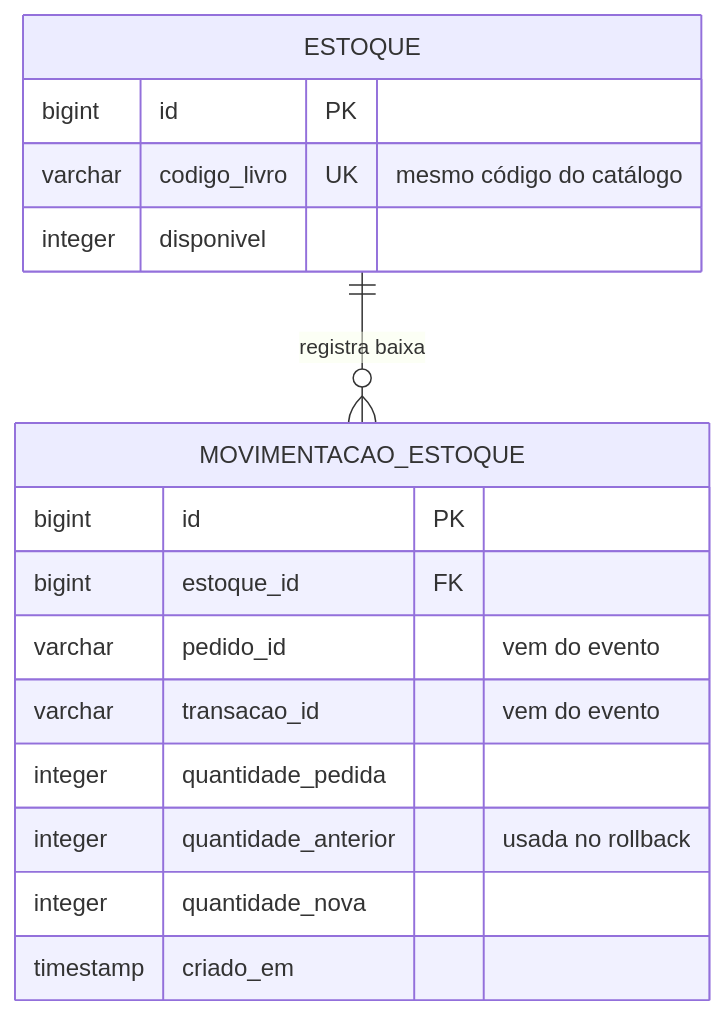
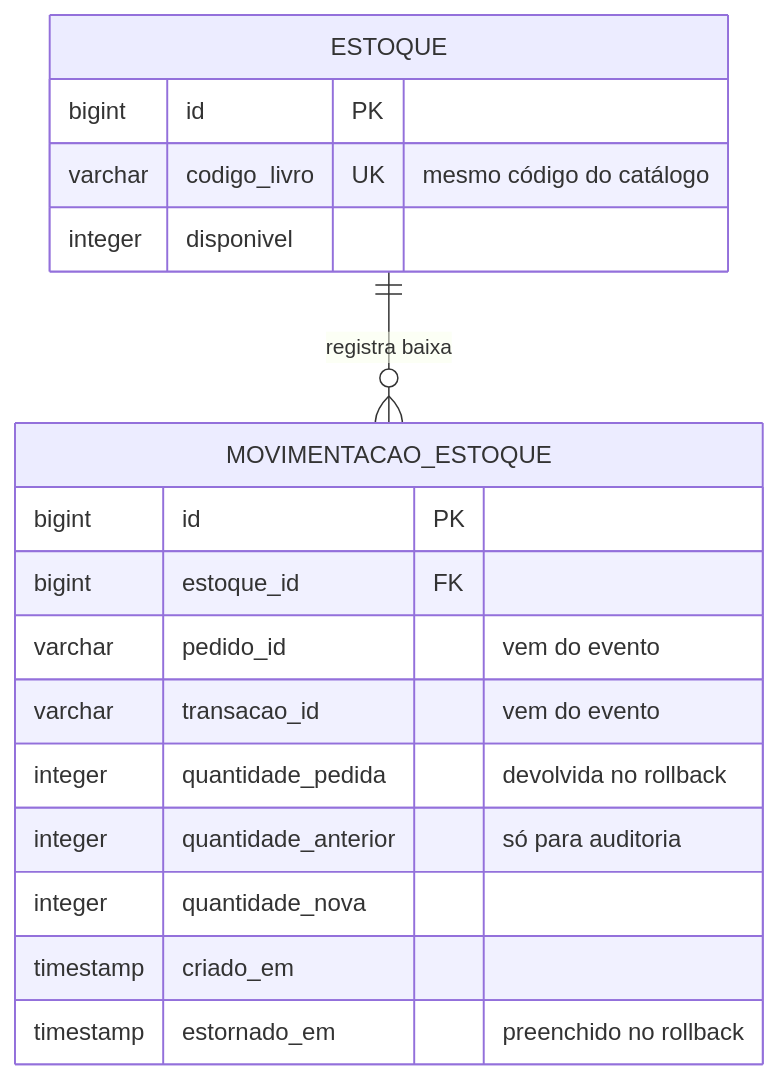
One commit to Carloseman1/padrao-saga-orquestrado-em-microsservi-os changed the sixth of 7 diagrams in README.md. Above: the diagram before and after it, drawn with Mermaid. The commit also changed other lines of this file and 8 other files, not shown here.

````diff
--- a/README.md
+++ b/README.md
@@ -293,19 +304,20 @@
 ```mermaid
 erDiagram
     ESTOQUE ||--o{ MOVIMENTACAO_ESTOQUE : "registra baixa"
     ESTOQUE {
         bigint id PK
         varchar codigo_livro UK "mesmo código do catálogo"
         integer disponivel
     }
     MOVIMENTACAO_ESTOQUE {
         bigint id PK
         bigint estoque_id FK
         varchar pedido_id "vem do evento"
         varchar transacao_id "vem do evento"
-        integer quantidade_pedida
-        integer quantidade_anterior "usada no rollback"
+        integer quantidade_pedida "devolvida no rollback"
+        integer quantidade_anterior "só para auditoria"
         integer quantidade_nova
         timestamp criado_em
+        timestamp estornado_em "preenchido no rollback"
     }
 ```
````
